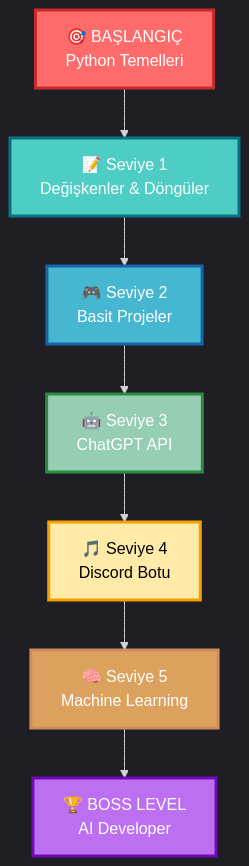
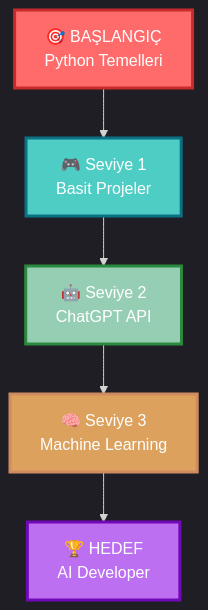
The diagram in README.md (Lukosadev1/Lukosadev1), drawn with Mermaid before and after one commit. The commit also changed other lines of this file, not shown here.

````diff
--- a/README.md
+++ b/README.md
@@ -114,18 +114,14 @@
 ```mermaid
 %%{init: {'theme':'dark'}}%%
 graph TB
-    A[🎯 BAŞLANGIÇ<br/>Python Temelleri] --> B[📝 Seviye 1<br/>Değişkenler & Döngüler]
-    B --> C[🎮 Seviye 2<br/>Basit Projeler]
-    C --> D[🤖 Seviye 3<br/>ChatGPT API]
-    D --> E[🎵 Seviye 4<br/>Discord Botu]
-    E --> F[🧠 Seviye 5<br/>Machine Learning]
-    F --> G[🏆 BOSS LEVEL<br/>AI Developer]
+    A[🎯 BAŞLANGIÇ<br/>Python Temelleri] --> B[🎮 Seviye 1<br/>Basit Projeler]
+    B --> C[🤖 Seviye 2<br/>ChatGPT API]
+    C --> D[🧠 Seviye 3<br/>Machine Learning]
+    D --> E[🏆 HEDEF<br/>AI Developer]
     
     style A fill:#FF6B6B,stroke:#C92A2A,stroke-width:3px,color:#fff
     style B fill:#4ECDC4,stroke:#0B7285,stroke-width:3px,color:#fff
-    style C fill:#45B7D1,stroke:#1864AB,stroke-width:3px,color:#fff
-    style D fill:#96CEB4,stroke:#2B8A3E,stroke-width:3px,color:#fff
-    style E fill:#FFEAA7,stroke:#F59F00,stroke-width:3px,color:#000
-    style F fill:#DDA15E,stroke:#D08C60,stroke-width:3px,color:#fff
-    style G fill:#BC6FF1,stroke:#7209B7,stroke-width:3px,color:#fff
+    style C fill:#96CEB4,stroke:#2B8A3E,stroke-width:3px,color:#fff
+    style D fill:#DDA15E,stroke:#D08C60,stroke-width:3px,color:#fff
+    style E fill:#BC6FF1,stroke:#7209B7,stroke-width:3px,color:#fff
 ```
````
